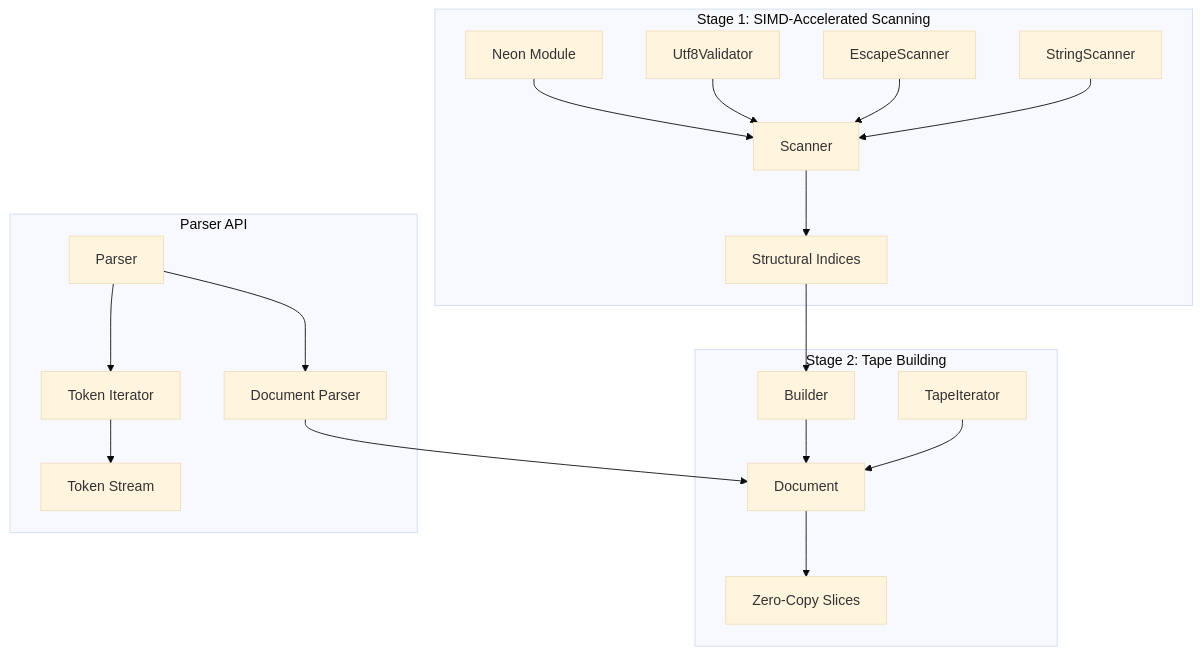
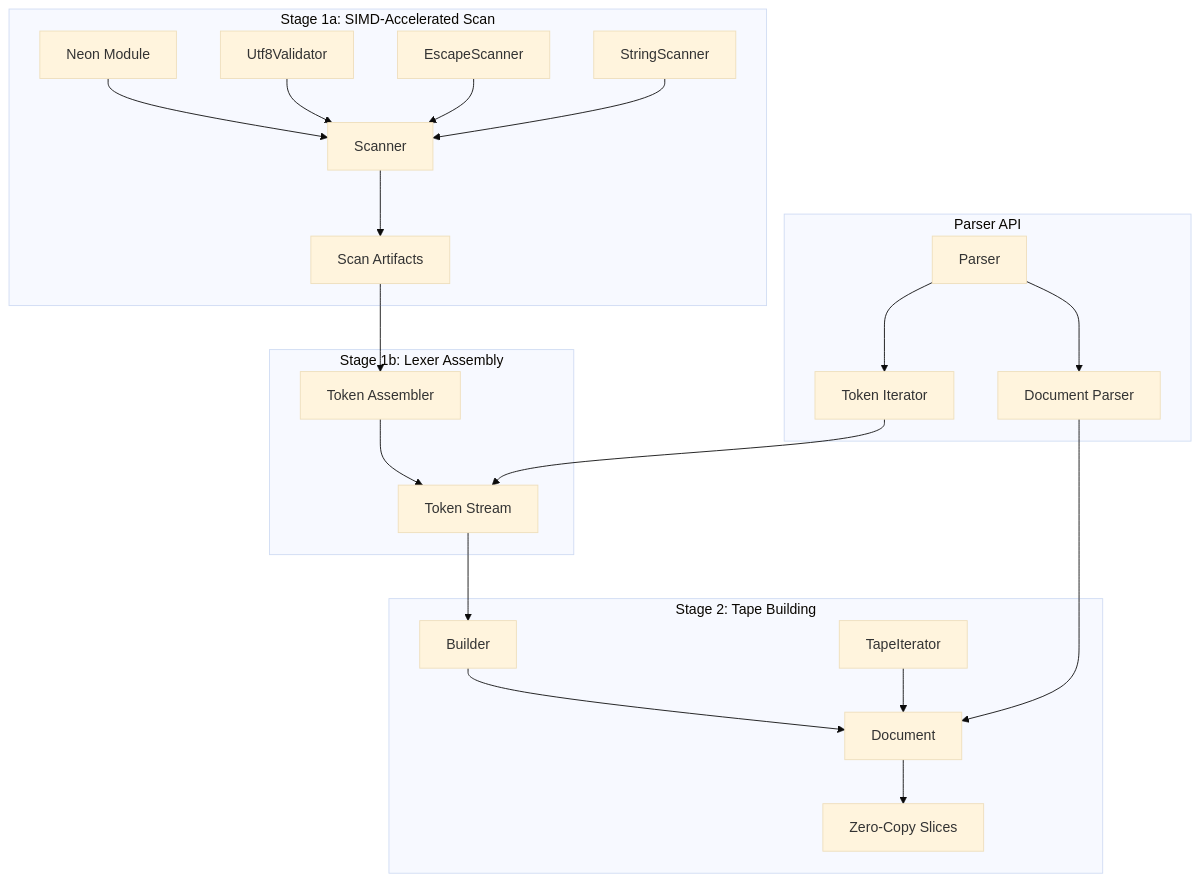
The second of 11 diagrams in warp/README.md (wstein/wiregram-playground), drawn with Mermaid (base theme) before and after one commit. The commit also changed other lines of this file and 14 other files, not shown here.

````diff
--- a/warp/README.md
+++ b/warp/README.md
@@ -55,25 +74,30 @@
 ```mermaid
 graph TB
-    subgraph "Stage 1: SIMD-Accelerated Scanning"
+    subgraph "Stage 1a: SIMD-Accelerated Scan"
         S1[Neon Module] --> S2[Scanner]
         S3[Utf8Validator] --> S2
         S4[EscapeScanner] --> S2
         S5[StringScanner] --> S2
-        S2 --> S6[Structural Indices]
+        S2 --> S6[Scan Artifacts]
+    end
+
+    subgraph "Stage 1b: Lexer Assembly"
+        S6 --> S7[Token Assembler]
+        S7 --> S8[Token Stream]
     end
 
     subgraph "Stage 2: Tape Building"
-        S7[Builder] --> S8[Document]
-        S9[TapeIterator] --> S8
-        S8 --> S10[Zero-Copy Slices]
+        S9[Builder] --> S10[Document]
+        S11[TapeIterator] --> S10
+        S10 --> S12[Zero-Copy Slices]
     end
 
     subgraph "Parser API"
-        S11[Parser] --> S12[Token Iterator]
-        S11 --> S13[Document Parser]
-        S12 --> S14[Token Stream]
-        S13 --> S8
+        S13[Parser] --> S14[Token Iterator]
+        S13 --> S15[Document Parser]
+        S14 --> S8
+        S15 --> S10
     end
-    
-    S6 --> S7
+
+    S8 --> S9
 ```
````
